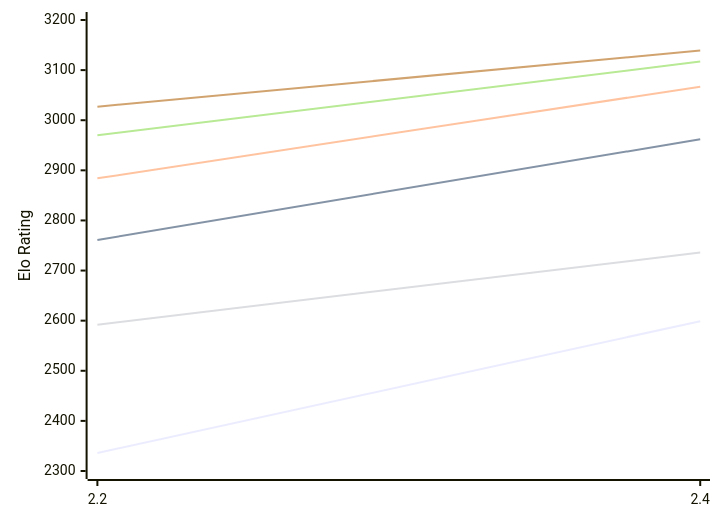
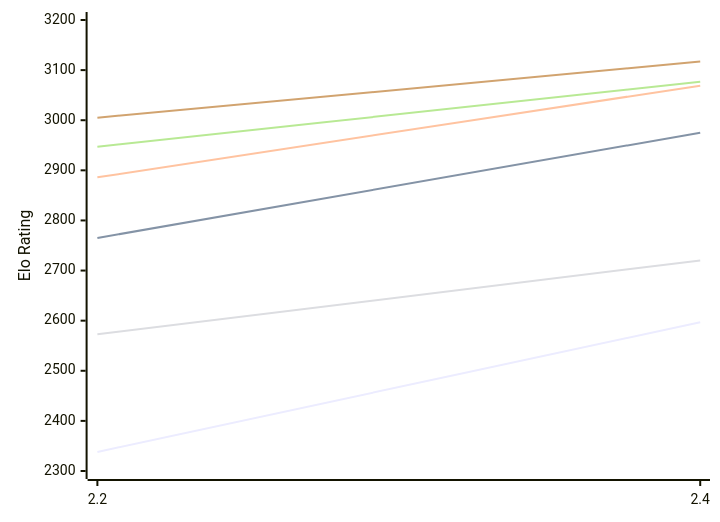
The first of 2 diagrams in engines/Sloth.md (computer-chess-index/cci), drawn with Mermaid before and after one commit. The commit also changed other lines of this file, not shown here.

Commit message:
Update CCI Ratings (ELO VLTC) - 2026-10-18

````diff
--- a/engines/Sloth.md
+++ b/engines/Sloth.md
@@ -50,12 +50,12 @@
 ```mermaid
 %%{init: {"theme":"base","themeVariables":{"seriesColors:['#a3a3a3','#222221','#faa371']}}}%%
 xychart-beta
   x-axis ["2.2", "2.4"]
   y-axis "Elo Rating" 2300 --> 3200
-  line "E1: STC (8.0+0.08s)" [2336, 2599]
-  line "E1: LTC (60.0+0.60s)" [2761, 2962]
-  line "E1: VLTC (2m24s+1.12s)" [2884, 3067]
-  line "P1: STC (8.0+0.08s)" [2592, 2736]
-  line "P1: LTC (60.0+0.60s)" [2970, 3117]
-  line "P1: VLTC (2m24s+1.12s)" [3027, 3139]
+  line "E1: STC (8.0+0.08s)" [2338, 2597]
+  line "E1: LTC (60.0+0.60s)" [2765, 2975]
+  line "E1: VLTC (2m24s+1.12s)" [2886, 3069]
+  line "P1: STC (8.0+0.08s)" [2573, 2720]
+  line "P1: LTC (60.0+0.60s)" [2947, 3077]
+  line "P1: VLTC (2m24s+1.12s)" [3005, 3117]
 ```
````
